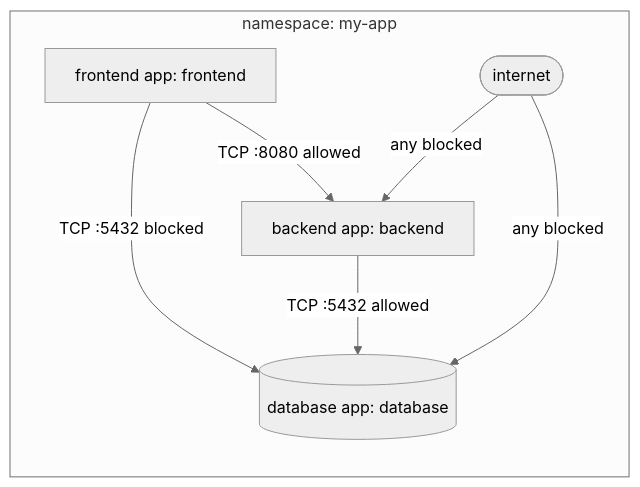
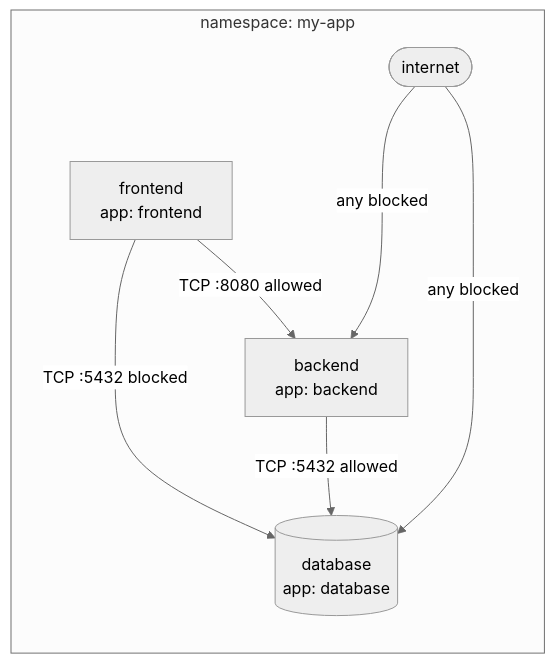
The sixth of 7 diagrams in 09_security/02_network_policies.md (UncleJS/course_k3s), drawn with Mermaid (neutral theme) before and after one commit. The commit also changed other lines of this file and 45 other files, not shown here.

First line of the commit message:
Expand all course lessons: Mermaid diagrams + rich prose across 43 files

````diff
--- a/09_security/02_network_policies.md
+++ b/09_security/02_network_policies.md
@@ -424,10 +879,10 @@
 ```mermaid
-flowchart LR
+graph LR
     subgraph "namespace: my-app"
-        FE[frontend app: frontend] -->|TCP :8080 allowed| BE[backend app: backend]
-        FE -->|TCP :5432 blocked| DB[(database app: database)]
-        BE -->|TCP :5432 allowed| DB
-        EXT([internet]) -->|any blocked| BE
-        EXT -->|any blocked| DB
+        FE["frontend<br/>app: frontend"] -->|"TCP :8080 allowed"| BE["backend<br/>app: backend"]
+        FE --->|"TCP :5432 blocked"| DB[("database<br/>app: database")]
+        BE -->|"TCP :5432 allowed"| DB
+        EXT(["internet"]) --->|"any blocked"| BE
+        EXT --->|"any blocked"| DB
     end
 ```
````
